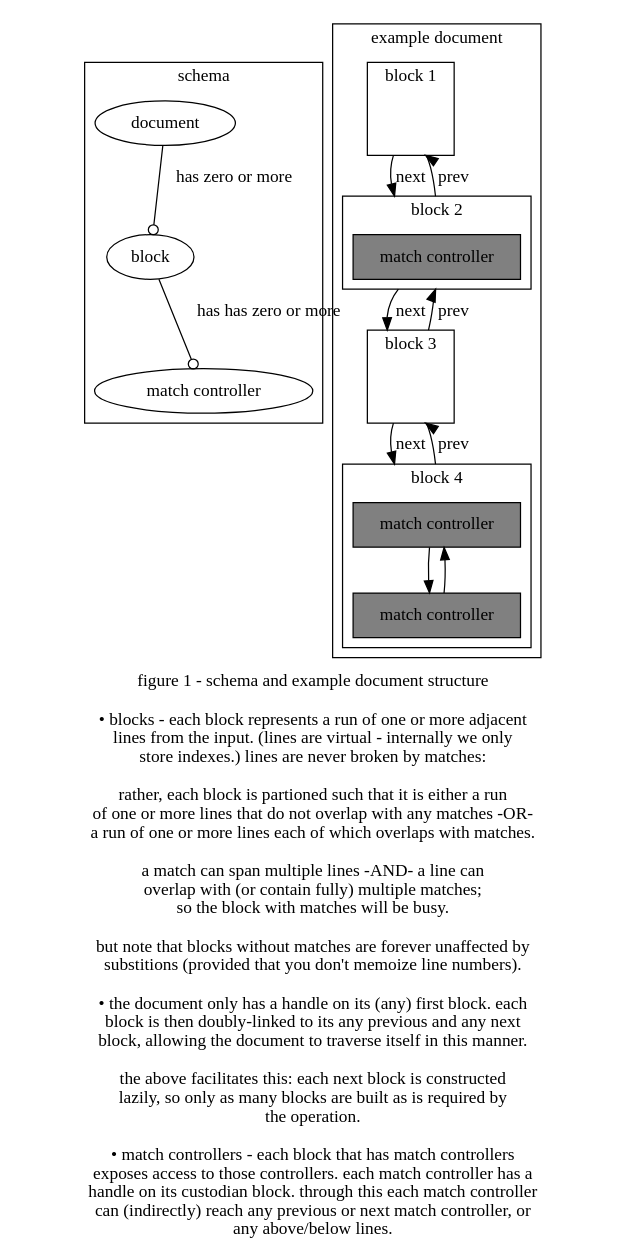
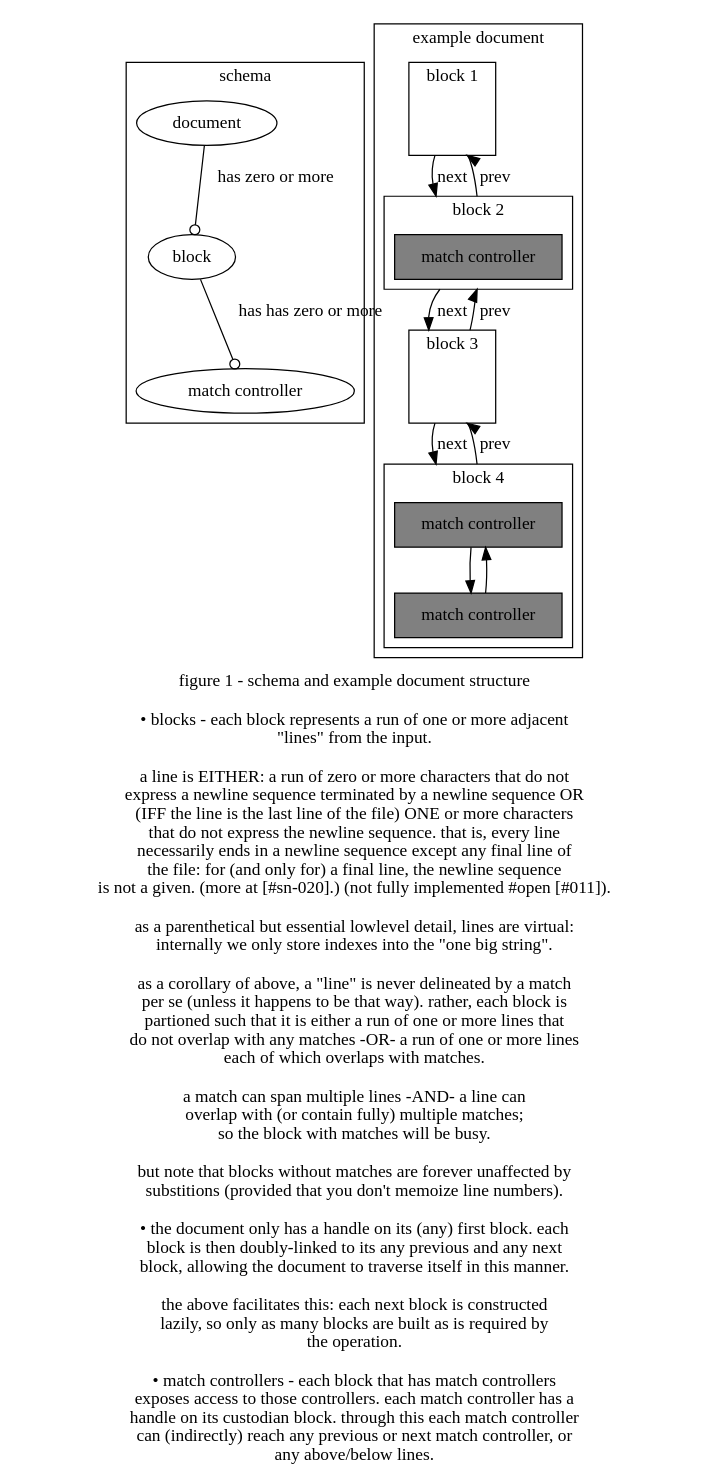
One commit to hipe/tmx changed the diagram in search_and_replace/doc/issues/010/figure-1-schema.dot. Above: the diagram before and after it, drawn with Graphviz. The commit also changed 60 other files, not shown here.

```diff
--- a/search_and_replace/doc/issues/010/figure-1-schema.dot
+++ b/search_and_replace/doc/issues/010/figure-1-schema.dot
@@ -1,90 +1,102 @@
 digraph G {
 
   label="figure 1 - schema and example document structure
 
 • blocks - each block represents a run of one or more adjacent
-lines from the input. (lines are virtual - internally we only
-store indexes.) lines are never broken by matches:
+\"lines\" from the input.
 
-rather, each block is partioned such that it is either a run
-of one or more lines that do not overlap with any matches -OR-
-a run of one or more lines each of which overlaps with matches.
+a line is EITHER: a run of zero or more characters that do not
+express a newline sequence terminated by a newline sequence OR
+(IFF the line is the last line of the file) ONE or more characters
+that do not express the newline sequence. that is, every line
+necessarily ends in a newline sequence except any final line of
+the file: for (and only for) a final line, the newline sequence
+is not a given. (more at [#sn-020].) (not fully implemented #open [#011]).
+
+as a parenthetical but essential lowlevel detail, lines are virtual:
+internally we only store indexes into the \"one big string\".
+
+as a corollary of above, a \"line\" is never delineated by a match
+per se (unless it happens to be that way). rather, each block is
+partioned such that it is either a run of one or more lines that
+do not overlap with any matches -OR- a run of one or more lines
+each of which overlaps with matches.
 
 a match can span multiple lines -AND- a line can
 overlap with (or contain fully) multiple matches;
 so the block with matches will be busy.
 
 but note that blocks without matches are forever unaffected by
 substitions (provided that you don't memoize line numbers).
 
 • the document only has a handle on its (any) first block. each
 block is then doubly-linked to its any previous and any next
 block, allowing the document to traverse itself in this manner.
 
 the above facilitates this: each next block is constructed
 lazily, so only as many blocks are built as is required by
 the operation.
 
 • match controllers - each block that has match controllers
 exposes access to those controllers. each match controller has a
 handle on its custodian block. through this each match controller
 can (indirectly) reach any previous or next match controller, or
 any above/below lines.
 "
 
   compound=true
 
   subgraph cluster_schema {
     label="schema"
     node [shape=ellipse]
     a->b [label="has zero or more" arrowhead="odot"]
     b->c [label="has has zero or more" arrowhead="odot"]
     a [label="document"]
     b [label="block"]
     c [label="match controller"]
   }
 
   subgraph cluster_doc {
     label="example document"
     style=filled
     fillcolor=white
 
     subgraph cluster0 {
       label="block 1"
       fillcolor=white
       b0 [style="invis"]
     }
 
     subgraph cluster1 {
       label="block 2"
       fillcolor=white
       node [shape=rect style=filled fillcolor=grey]
       b1_mc [label="match controller"]
     }
 
     b0->b1_mc [ltail=cluster0 lhead=cluster1 label="next"]
     b1_mc->b0 [ltail=cluster1 lhead=cluster0 label="prev"]
 
     subgraph cluster2 {
       label="block 3"
       fillcolor=white
       b2 [style="invis"]
     }
 
     b1_mc->b2 [ltail=cluster1 lhead=cluster2 label="next"]
     b2->b1_mc [ltail=cluster2 lhead=cluster1 label="prev"]
 
     subgraph cluster3 {
       label="block 4"
       fillcolor=white
       node [shape=rect style=filled fillcolor=grey]
       b3_mc0 [label="match controller"]
       b3_mc1 [label="match controller"]
       b3_mc1->b3_mc0
       b3_mc0->b3_mc1
     }
 
     b2->b3_mc0 [ltail=cluster2 lhead=cluster3 label="next"]
     b3_mc0->b2 [ltail=cluster3 lhead=cluster2 label="prev"]
   }
 }
```
